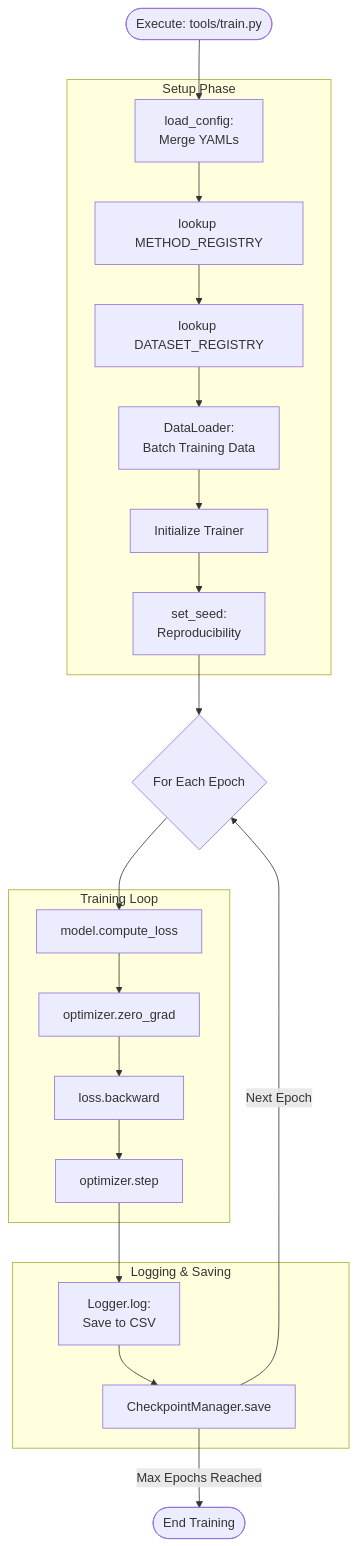
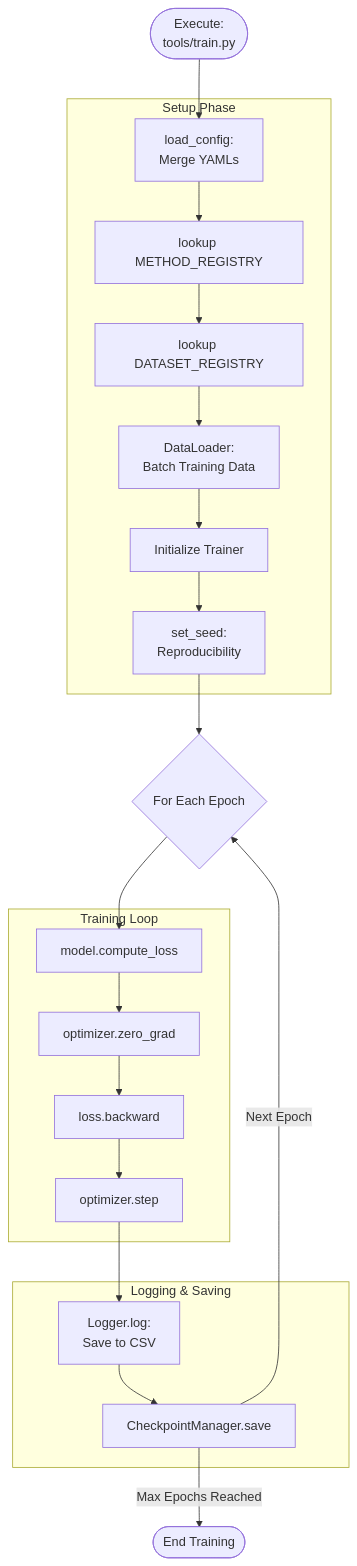
One commit to fury471/llie_bench changed the first of 5 diagrams in README.md. Above: the diagram before and after it, drawn with Mermaid. The commit also changed other lines of this file, not shown here.

````diff
--- a/README.md
+++ b/README.md
@@ -60,33 +60,34 @@
 ```mermaid
 flowchart TD
-    Start([Execute: tools/train.py]) --> Cfg
+    Start([Execute:
+tools/train.py]) --> Cfg
     
     subgraph Setup Phase
         Cfg[load_config: 
         Merge YAMLs] --> RM[lookup METHOD_REGISTRY]
         RM --> RD[lookup DATASET_REGISTRY]
         RD --> DL[DataLoader: 
         Batch Training Data]
         DL --> Tr[Initialize Trainer]
         Tr --> Seed[set_seed: 
         Reproducibility]
     end
 
     Seed --> EpochLoop{For Each Epoch}
 
     subgraph Training Loop
         Loss[model.compute_loss] --> ZG[optimizer.zero_grad]
         ZG --> Bwd[loss.backward]
         Bwd --> Step[optimizer.step]
     end
 
     subgraph Logging & Saving
         Log[Logger.log: 
         Save to CSV] --> Ckpt[CheckpointManager.save]
     end
 
     EpochLoop --> Loss
     Step --> Log
     Ckpt --> |Next Epoch| EpochLoop
     Ckpt --> |Max Epochs Reached| Finish([End Training])
 ```
````
